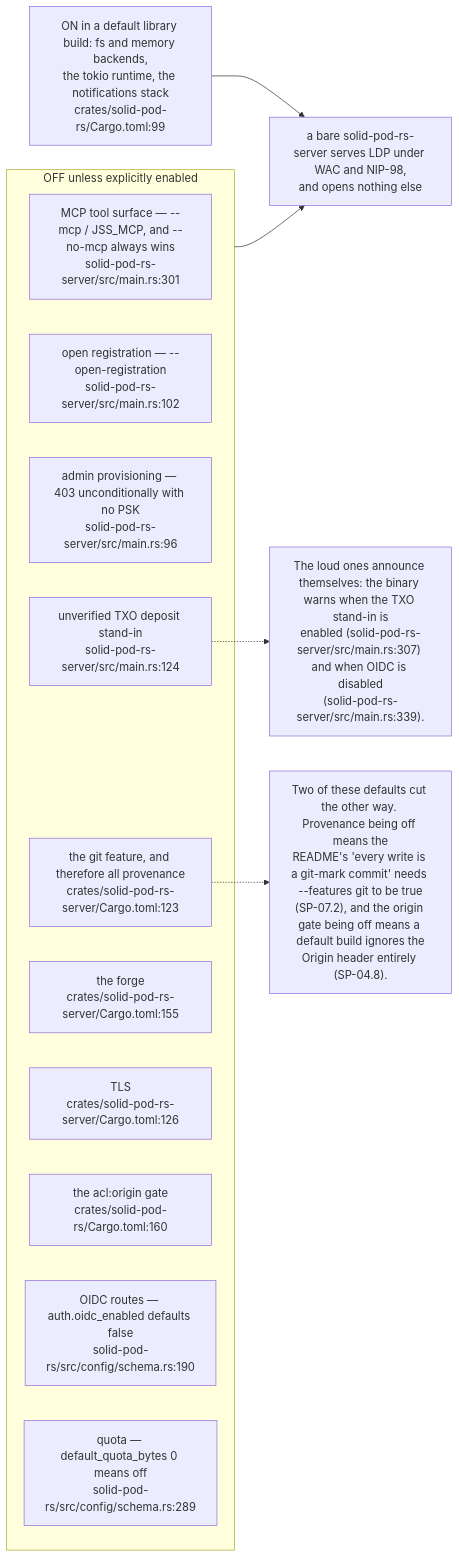
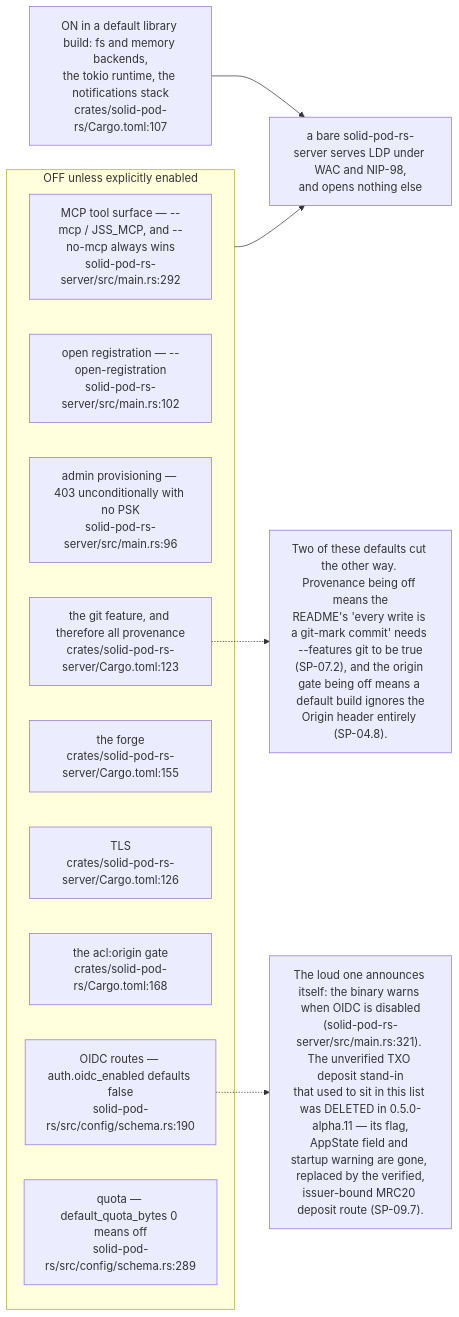
The fifth of 12 diagrams in docs/diagrams/solid-pod-rs/10-failure-modes-and-invariants.md (DreamLab-AI/VisionFlow), drawn with Mermaid before and after one commit. The commit also changed other lines of this file and 111 other files, not shown here.

Commit message:
docs(diagrams): align estate maps with current source

````diff
--- a/docs/diagrams/solid-pod-rs/10-failure-modes-and-invariants.md
+++ b/docs/diagrams/solid-pod-rs/10-failure-modes-and-invariants.md
@@ -145,24 +145,23 @@
 ```mermaid
 flowchart LR
     subgraph OFF["OFF unless explicitly enabled"]
-        MCP["MCP tool surface — --mcp / JSS_MCP, and --no-mcp always wins<br/>solid-pod-rs-server/src/main.rs:301"]
+        MCP["MCP tool surface — --mcp / JSS_MCP, and --no-mcp always wins<br/>solid-pod-rs-server/src/main.rs:292"]
         REG["open registration — --open-registration<br/>solid-pod-rs-server/src/main.rs:102"]
         ADM["admin provisioning — 403 unconditionally with no PSK<br/>solid-pod-rs-server/src/main.rs:96"]
-        TXO["unverified TXO deposit stand-in<br/>solid-pod-rs-server/src/main.rs:124"]
         GIT["the git feature, and therefore all provenance<br/>crates/solid-pod-rs-server/Cargo.toml:123"]
         FORGE["the forge<br/>crates/solid-pod-rs-server/Cargo.toml:155"]
         TLS["TLS<br/>crates/solid-pod-rs-server/Cargo.toml:126"]
-        ORG["the acl:origin gate<br/>crates/solid-pod-rs/Cargo.toml:160"]
+        ORG["the acl:origin gate<br/>crates/solid-pod-rs/Cargo.toml:168"]
         OIDC["OIDC routes — auth.oidc_enabled defaults false<br/>solid-pod-rs/src/config/schema.rs:190"]
         QUOTA["quota — default_quota_bytes 0 means off<br/>solid-pod-rs/src/config/schema.rs:289"]
     end
-    ON["ON in a default library build: fs and memory backends,<br/>the tokio runtime, the notifications stack<br/>crates/solid-pod-rs/Cargo.toml:99"]
+    ON["ON in a default library build: fs and memory backends,<br/>the tokio runtime, the notifications stack<br/>crates/solid-pod-rs/Cargo.toml:107"]
 
     OFF --> POSTURE["a bare solid-pod-rs-server serves LDP under WAC and NIP-98,<br/>and opens nothing else"]
     ON --> POSTURE
 
     N["Two of these defaults cut the other way. Provenance being off means the<br/>README's 'every write is a git-mark commit' needs --features git to be true<br/>(SP-07.2), and the origin gate being off means a default build ignores the<br/>Origin header entirely (SP-04.8)."]
     GIT -.-> N
-    N2["The loud ones announce themselves: the binary warns when the TXO stand-in is<br/>enabled (solid-pod-rs-server/src/main.rs:307) and when OIDC is disabled<br/>(solid-pod-rs-server/src/main.rs:339)."]
-    TXO -.-> N2
+    N2["The loud one announces itself: the binary warns when OIDC is disabled<br/>(solid-pod-rs-server/src/main.rs:321). The unverified TXO deposit stand-in<br/>that used to sit in this list was DELETED in 0.5.0-alpha.11 — its flag,<br/>AppState field and startup warning are gone, replaced by the verified,<br/>issuer-bound MRC20 deposit route (SP-09.7)."]
+    OIDC -.-> N2
 ```
````
